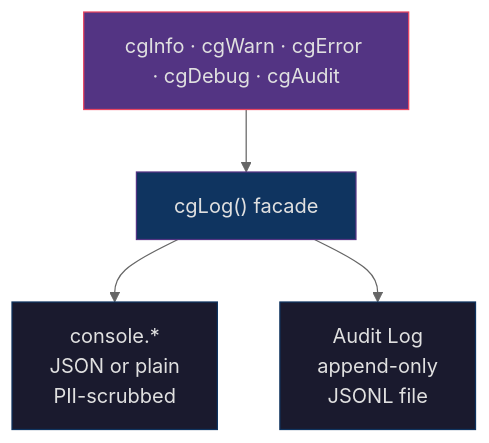
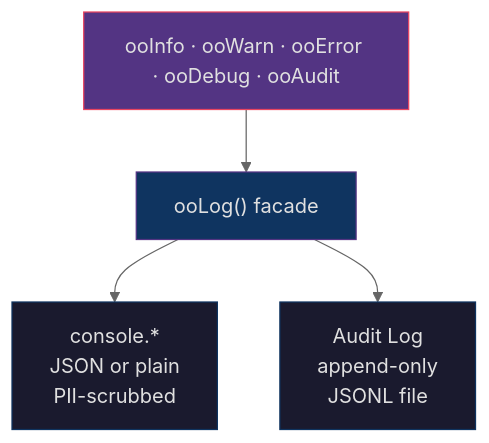
Before and after one commit to OpenObscure/OpenObscure: diagram 12 of 13 in ARCHITECTURE.md, drawn with Mermaid (neutral theme). The commit also changed other lines of this file and 34 other files, not shown here.

````diff
--- a/ARCHITECTURE.md
+++ b/ARCHITECTURE.md
@@ -556,17 +556,17 @@
 ```mermaid
 flowchart TB
-    funcs["cgInfo · cgWarn · cgError · cgDebug · cgAudit"]
-    facade["cgLog() facade"]
+    funcs["ooInfo · ooWarn · ooError · ooDebug · ooAudit"]
+    facade["ooLog() facade"]
     funcs --> facade
 
     console["console.*\nJSON or plain\nPII-scrubbed"]
     auditlog["Audit Log\nappend-only\nJSONL file"]
 
     facade --> console
     facade --> auditlog
 
     style funcs fill:#533483,stroke:#e94560,color:#e0e0e0
     style facade fill:#0f3460,stroke:#533483,color:#e0e0e0
     style console fill:#1a1a2e,stroke:#0f3460,color:#e0e0e0
     style auditlog fill:#1a1a2e,stroke:#0f3460,color:#e0e0e0
 ```
````
